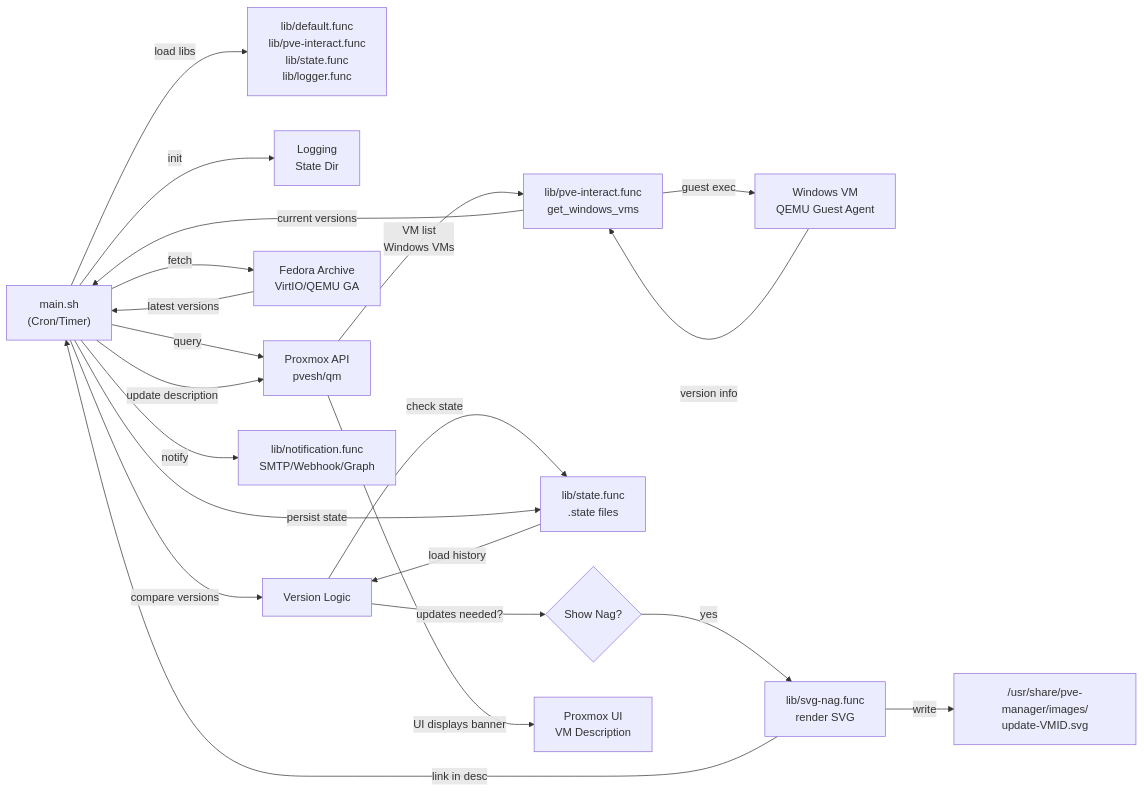
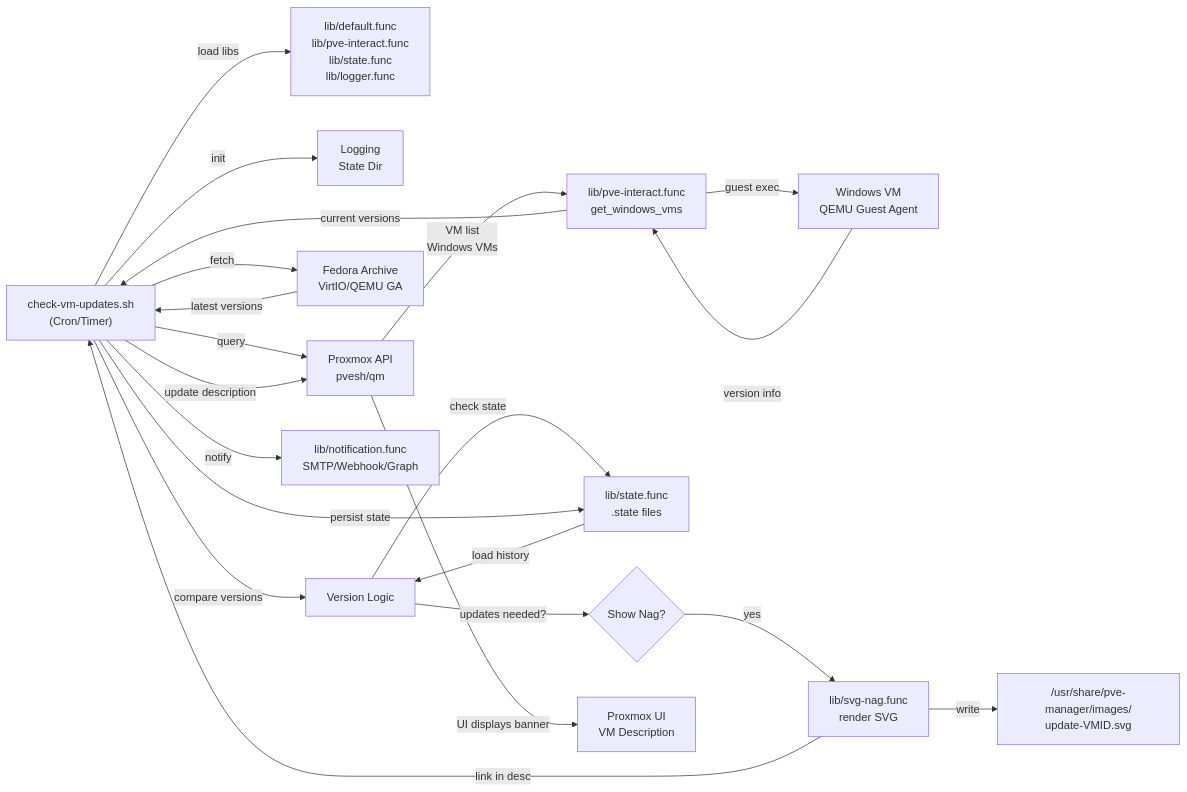
Before and after one commit to fs1n/PVE-QEMU-VirtIO-Updater: the diagram in README.md, drawn with Mermaid. The commit also changed other lines of this file and 10 other files, not shown here.

````diff
--- a/README.md
+++ b/README.md
@@ -40,23 +40,23 @@
 ```mermaid
 graph LR
-    A["main.sh<br/>(Cron/Timer)"] -->|load libs| B["lib/default.func<br/>lib/pve-interact.func<br/>lib/state.func<br/>lib/logger.func"]
+    A["check-vm-updates.sh<br/>(Cron/Timer)"] -->|load libs| B["lib/default.func<br/>lib/pve-interact.func<br/>lib/state.func<br/>lib/logger.func"]
     A -->|init| C["Logging<br/>State Dir"]
     A -->|query| D["Proxmox API<br/>pvesh/qm"]
     D -->|VM list<br/>Windows VMs| E["lib/pve-interact.func<br/>get_windows_vms"]
     E -->|guest exec| F["Windows VM<br/>QEMU Guest Agent"]
     F -->|version info| E
     E -->|current versions| A
     A -->|fetch| G["Fedora Archive<br/>VirtIO/QEMU GA"]
     G -->|latest versions| A
     A -->|compare versions| H["Version Logic"]
     H -->|check state| I["lib/state.func<br/>.state files"]
     I -->|load history| H
     H -->|updates needed?| J{"Show Nag?"}
     J -->|yes| K["lib/svg-nag.func<br/>render SVG"]
     K -->|write| L["/usr/share/pve-manager/images/<br/>update-VMID.svg"]
     K -->|link in desc| A
     A -->|update description| D
     D -->|UI displays banner| M["Proxmox UI<br/>VM Description"]
     A -->|persist state| I
     A -->|notify| N["lib/notification.func<br/>SMTP/Webhook/Graph"]
 ```
````
